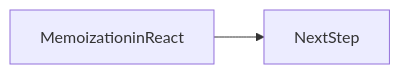
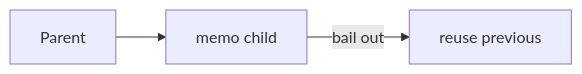
Before and after one commit to OmidJavaherii/Frontend-Engineering-Handbook: the second of 2 diagrams in docs/en/10-react/memoization/index.md, drawn with Mermaid. The commit also changed other lines of this file and 461 other files, not shown here.

````diff
--- a/docs/en/10-react/memoization/index.md
+++ b/docs/en/10-react/memoization/index.md
@@ -95,4 +107,5 @@
 ```mermaid
 flowchart LR
-  concept[MemoizationinReact] --> nextStep[NextStep]
+  Parent --> ChildMemo[memo child]
+  ChildMemo -->|bail out| Skip[reuse previous]
 ```
````
